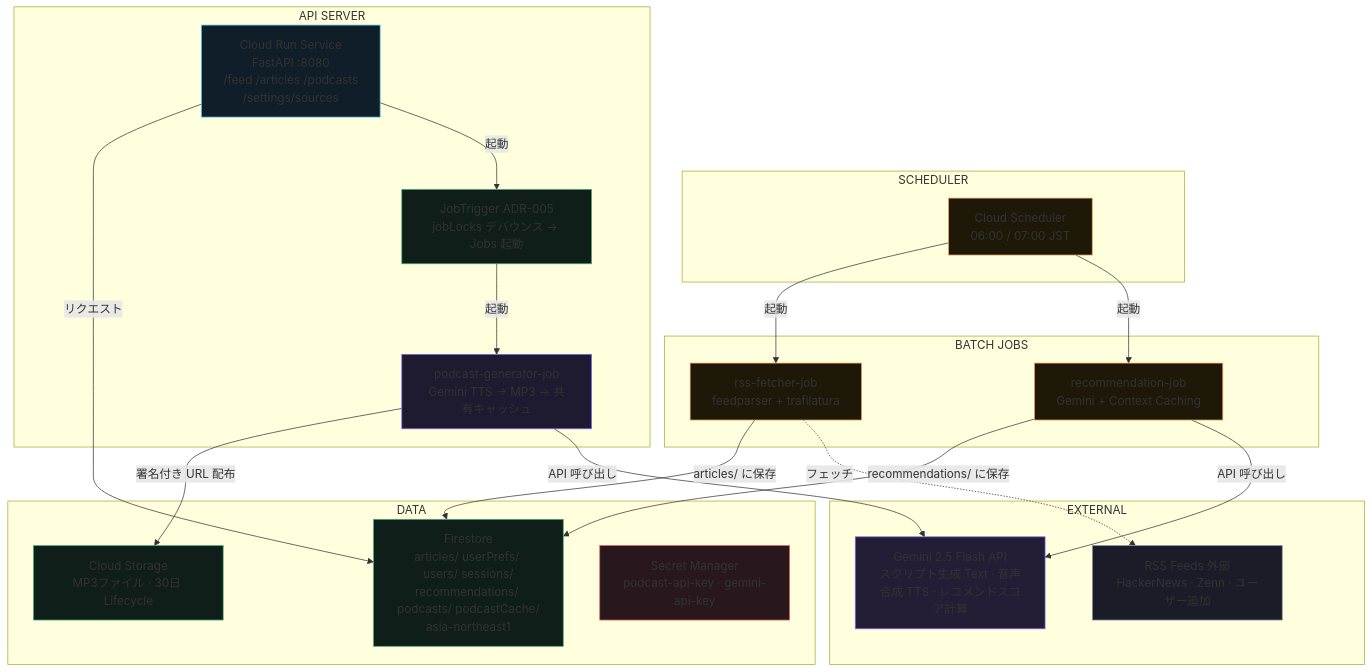
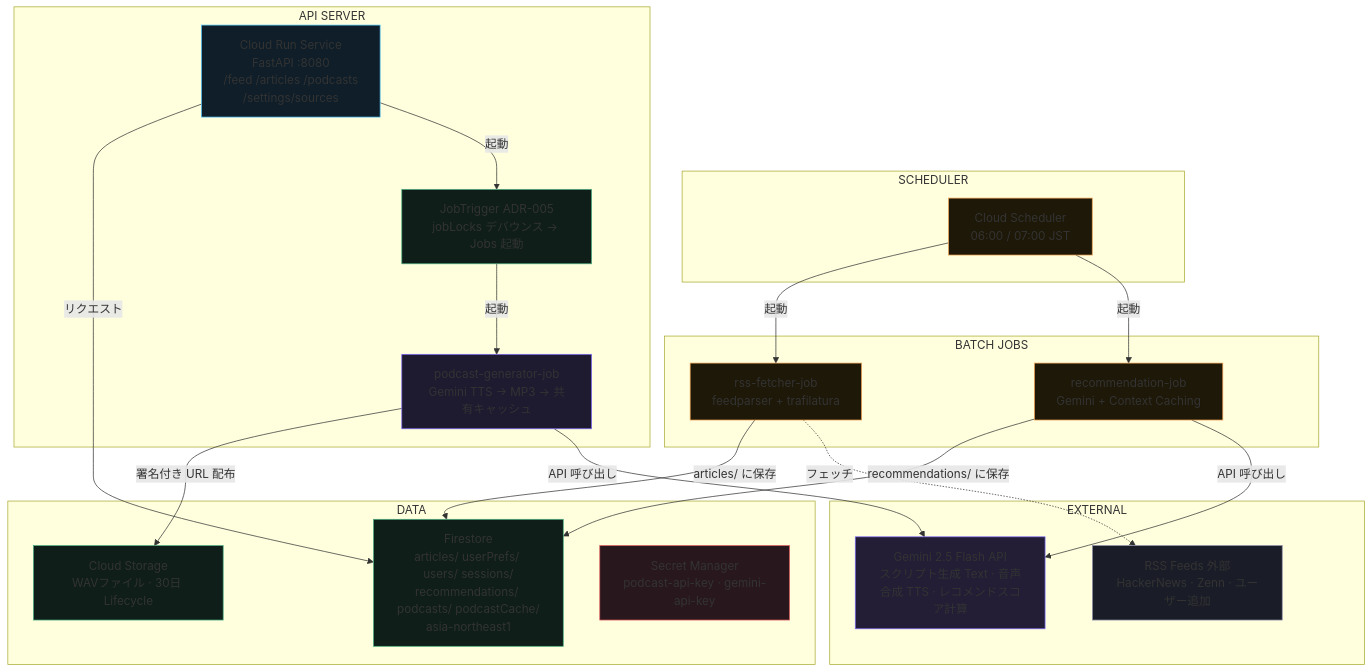
The first of 2 diagrams in design/backend-design.md (examinare000/news-listen-docs), drawn with Mermaid before and after one commit. The commit also changed other lines of this file and 20 other files, not shown here.

````diff
--- a/design/backend-design.md
+++ b/design/backend-design.md
@@ -29,56 +30,56 @@
 ```mermaid
 graph TB
     subgraph scheduler["SCHEDULER"]
         SCHED["Cloud Scheduler<br/>06:00 / 07:00 JST"]
     end
     
     subgraph batch["BATCH JOBS"]
         RSS["rss-fetcher-job<br/>feedparser + trafilatura"]
         REC["recommendation-job<br/>Gemini + Context Caching"]
     end
     
     subgraph api_server["API SERVER"]
         APIV["Cloud Run Service<br/>FastAPI :8080<br/>/feed /articles /podcasts<br/>/settings/sources"]
         JOBT["JobTrigger ADR-005<br/>jobLocks デバウンス → Jobs 起動"]
         POD_GEN["podcast-generator-job<br/>Gemini TTS → MP3 → 共有キャッシュ"]
     end
     
     subgraph data["DATA"]
         FS["Firestore<br/>articles/ userPrefs/ users/ sessions/<br/>recommendations/ podcasts/ podcastCache/<br/>asia-northeast1"]
-        GCS["Cloud Storage<br/>MP3ファイル · 30日 Lifecycle"]
+        GCS["Cloud Storage<br/>WAVファイル · 30日 Lifecycle"]
         SM["Secret Manager<br/>podcast-api-key · gemini-api-key"]
     end
     
     subgraph external["EXTERNAL"]
         GEMINI["Gemini 2.5 Flash API<br/>スクリプト生成 Text · 音声合成 TTS · レコメンドスコア計算"]
         FEEDS["RSS Feeds 外部<br/>HackerNews · Zenn · ユーザー追加"]
     end
     
     SCHED -->|起動| RSS
     SCHED -->|起動| REC
     
     RSS -->|articles/ に保存| FS
     REC -->|recommendations/ に保存| FS
     
     APIV -->|リクエスト| FS
     APIV -->|起動| JOBT
     JOBT -->|起動| POD_GEN
     
     POD_GEN -->|署名付き URL 配布| GCS
     POD_GEN -->|API 呼び出し| GEMINI
     REC -->|API 呼び出し| GEMINI
     
     RSS -.->|フェッチ| FEEDS
     
     style SCHED fill:#1e1808,stroke:#f0a050
     style RSS fill:#1e1808,stroke:#f0a050
     style REC fill:#1e1808,stroke:#f0a050
     style APIV fill:#0f1e28,stroke:#4fc3f7
     style JOBT fill:#0f1e18,stroke:#4caf82
     style POD_GEN fill:#1e1a30,stroke:#7c6af7
     style FS fill:#0f1e18,stroke:#4caf82
     style GCS fill:#0f1e18,stroke:#4caf82
     style SM fill:#28181e,stroke:#e05c5c
     style GEMINI fill:#231e35,stroke:#7c6af7
     style FEEDS fill:#1a1d27,stroke:#8b8fa8
 ```
````
